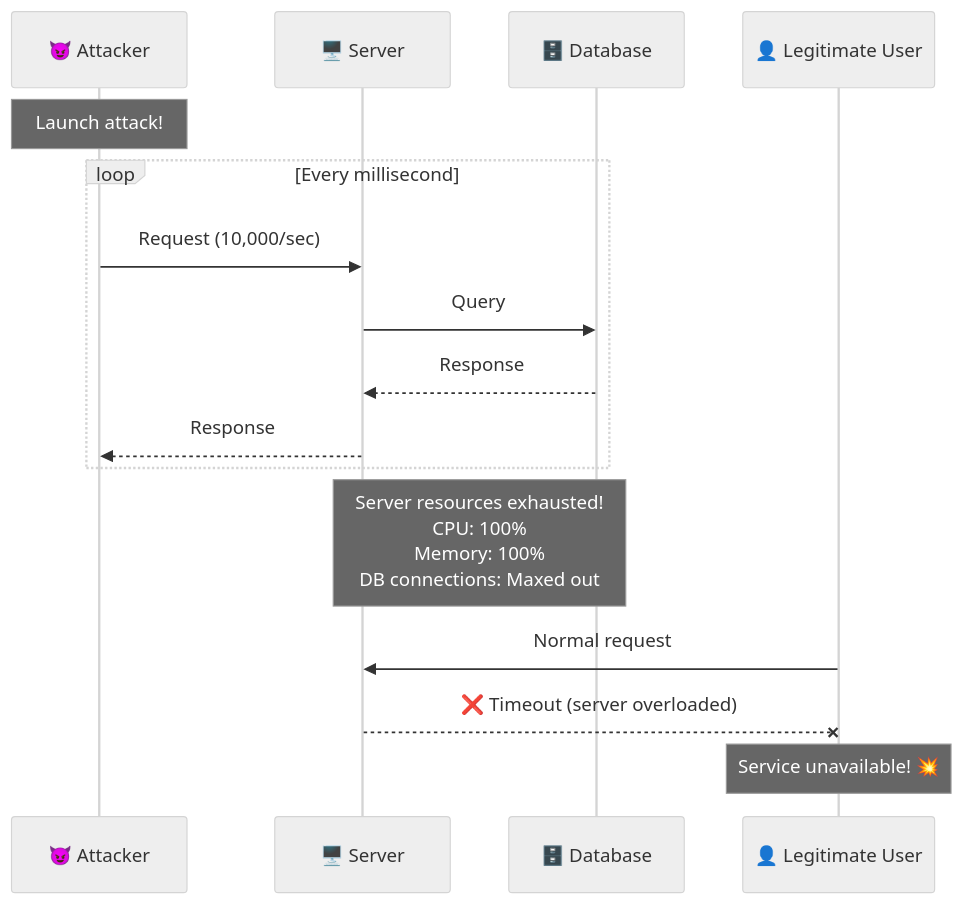
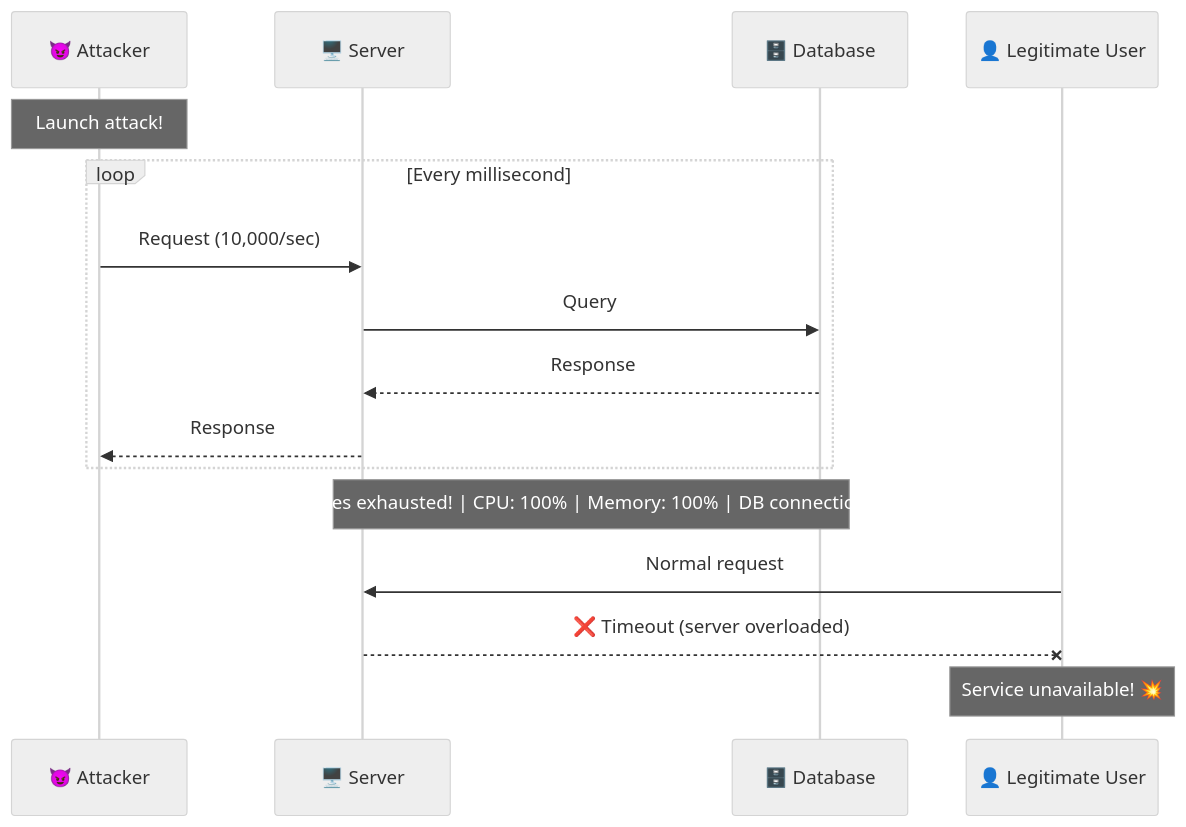
Before and after one commit to p1kmr/for-reading: the third of 14 diagrams in HLD/foundation/10_rate-limiting.md, drawn with Mermaid (neutral theme). The commit also changed other lines of this file and 14 other files, not shown here.

Commit message:
Fix Mermaid diagram syntax: Replace <br/> with <br> for GitHub compatibility

````diff
--- a/HLD/foundation/10_rate-limiting.md
+++ b/HLD/foundation/10_rate-limiting.md
@@ -74,23 +74,23 @@
 ```mermaid
 sequenceDiagram
     participant Attacker as 😈 Attacker
     participant Server as 🖥️ Server
     participant DB as 🗄️ Database
     participant LegitUser as 👤 Legitimate User
 
     Note over Attacker: Launch attack!
 
     loop Every millisecond
         Attacker->>Server: Request (10,000/sec)
         Server->>DB: Query
         DB-->>Server: Response
         Server-->>Attacker: Response
     end
 
-    Note over Server,DB: Server resources exhausted!<br/>CPU: 100%<br/>Memory: 100%<br/>DB connections: Maxed out
+    Note over Server,DB: Server resources exhausted! | CPU: 100% | Memory: 100% | DB connections: Maxed out
 
     LegitUser->>Server: Normal request
     Server--xLegitUser: ❌ Timeout (server overloaded)
 
     Note over LegitUser: Service unavailable! 💥
 ```
````
